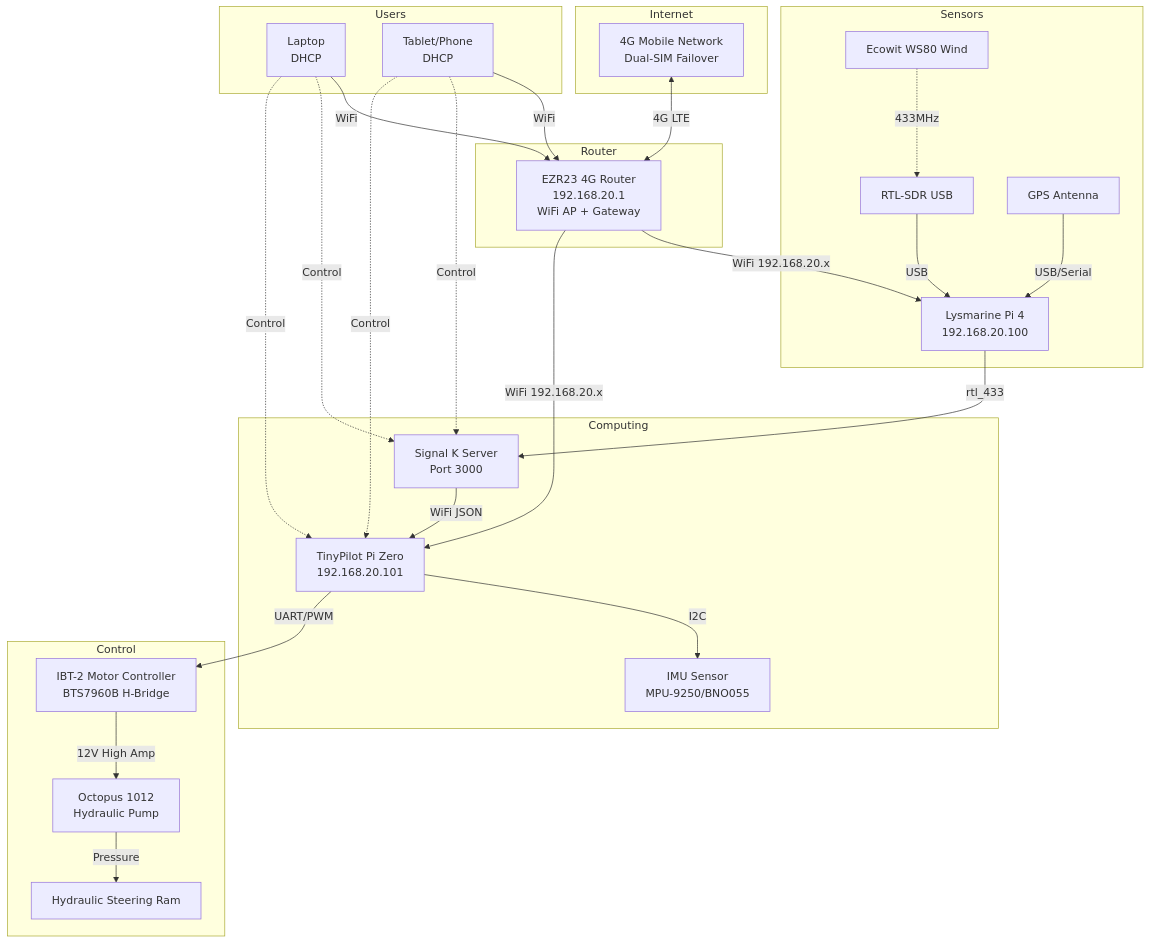
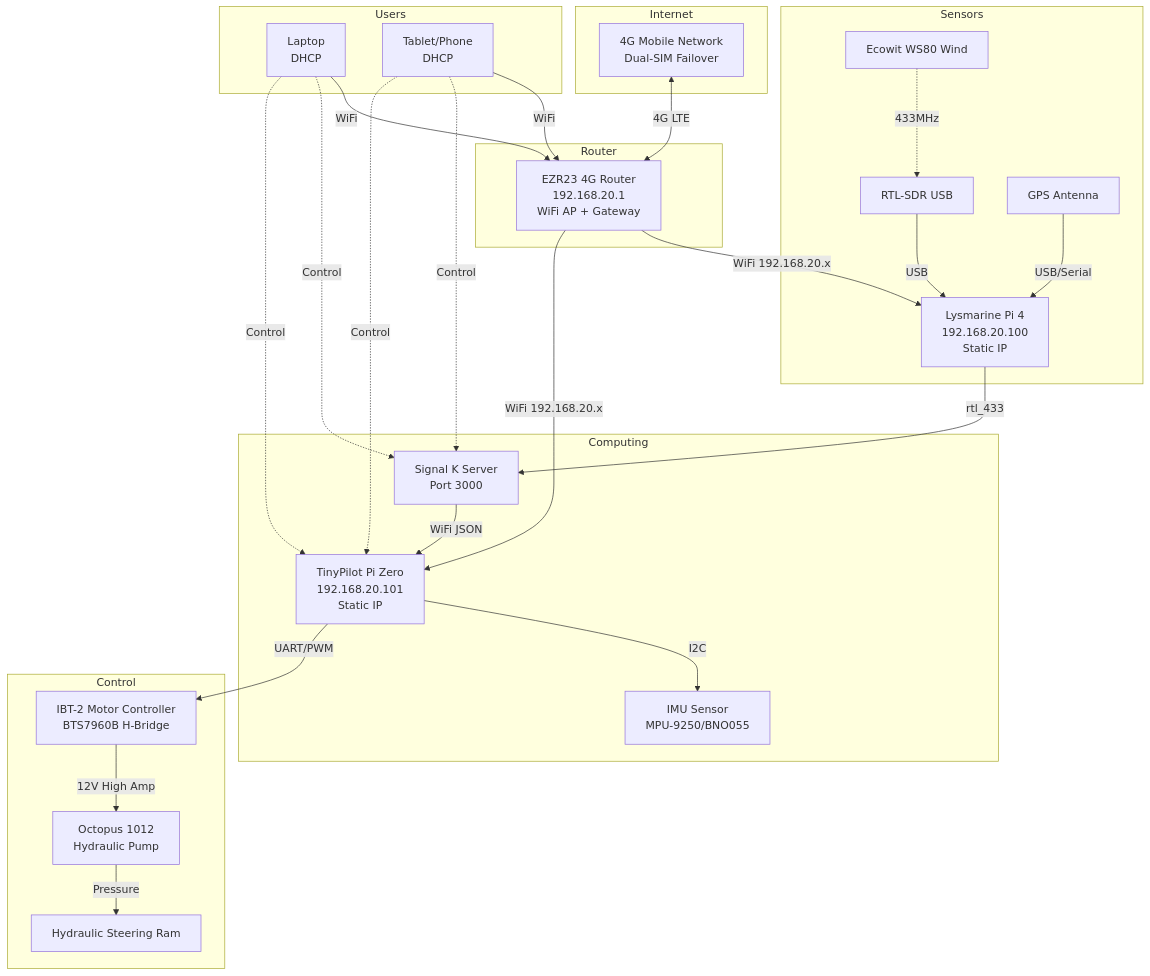
Before and after one commit to botheredbybees/pypilot4arion: the diagram in docs/network_map.md, drawn with Mermaid. The commit also changed other lines of this file, not shown here.

Commit message:
Update network docs to recommend static IPs on Pis instead of DHCP reservations for easier hardware swapping

````diff
--- a/docs/network_map.md
+++ b/docs/network_map.md
@@ -70,42 +70,42 @@
 ```mermaid
 graph TD
     subgraph Internet
         Mobile[4G Mobile Network<br/>Dual-SIM Failover]
     end
     
     subgraph Router
         EZR23[EZR23 4G Router<br/>192.168.20.1<br/>WiFi AP + Gateway]
     end
     
     subgraph Sensors
         WS80[Ecowit WS80 Wind] -.->|433MHz| RTL[RTL-SDR USB]
         GPS[GPS Antenna] -->|USB/Serial| Lysmarine
     end
     
     subgraph Computing
-        RTL -->|USB| Lysmarine[Lysmarine Pi 4<br/>192.168.20.100]
+        RTL -->|USB| Lysmarine[Lysmarine Pi 4<br/>192.168.20.100<br/>Static IP]
         Lysmarine -->|rtl_433| SK[Signal K Server<br/>Port 3000]
-        SK -->|WiFi JSON| TP[TinyPilot Pi Zero<br/>192.168.20.101]
+        SK -->|WiFi JSON| TP[TinyPilot Pi Zero<br/>192.168.20.101<br/>Static IP]
         TP -->|I2C| IMU[IMU Sensor<br/>MPU-9250/BNO055]
     end
     
     subgraph Control
         TP -->|UART/PWM| IBT2[IBT-2 Motor Controller<br/>BTS7960B H-Bridge]
         IBT2 -->|12V High Amp| Pump[Octopus 1012<br/>Hydraulic Pump]
         Pump -->|Pressure| Steering[Hydraulic Steering Ram]
     end
     
     subgraph Users
         Laptop[Laptop<br/>DHCP] -->|WiFi| EZR23
         Tablet[Tablet/Phone<br/>DHCP] -->|WiFi| EZR23
     end
     
     Mobile <-->|4G LTE| EZR23
     EZR23 -->|WiFi 192.168.20.x| Lysmarine
     EZR23 -->|WiFi 192.168.20.x| TP
     
     Laptop -.->|Control| SK
     Tablet -.->|Control| SK
     Laptop -.->|Control| TP
     Tablet -.->|Control| TP
 ```
````
